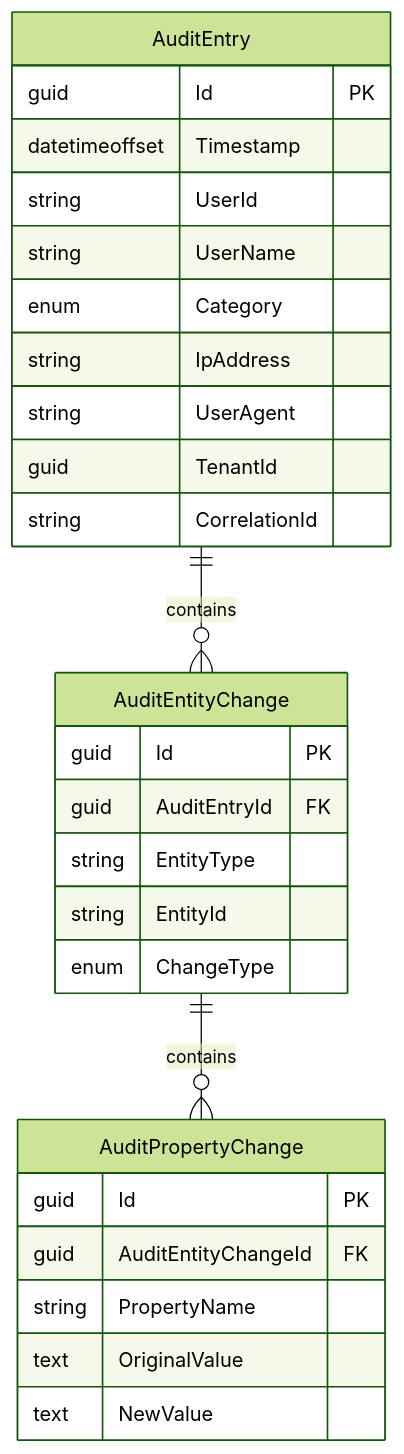
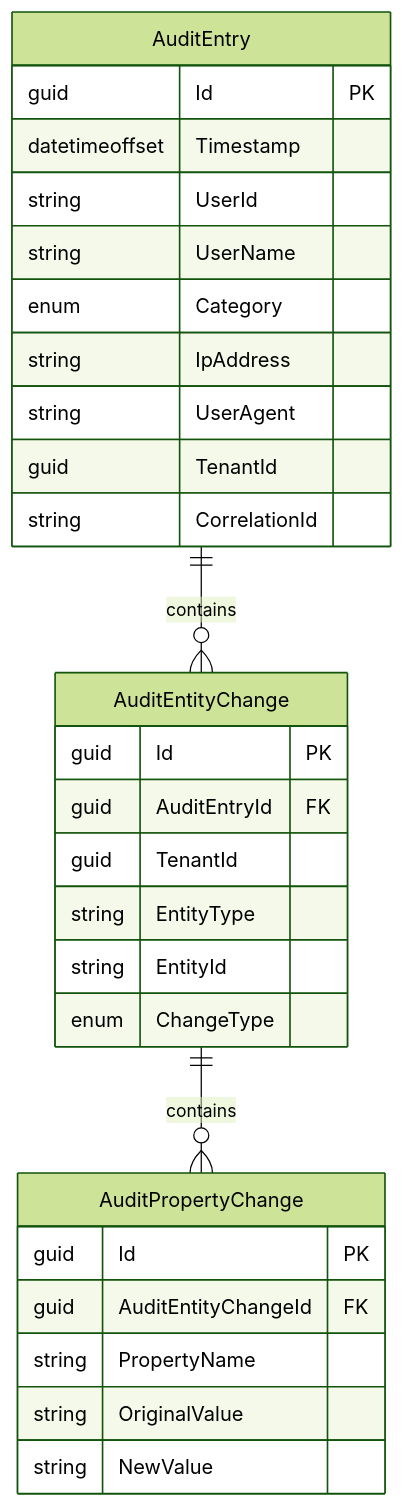
One commit to granit-fx/granit-docs changed the diagram in src/content/docs/dotnet/compliance/audit-log.mdx. Above: the diagram before and after it, drawn with Mermaid (forest theme). The commit also changed other lines of this file, not shown here.

````diff
--- a/src/content/docs/dotnet/compliance/audit-log.mdx
+++ b/src/content/docs/dotnet/compliance/audit-log.mdx
@@ -84,30 +88,31 @@
 ```mermaid
 erDiagram
     AuditEntry ||--o{ AuditEntityChange : contains
     AuditEntityChange ||--o{ AuditPropertyChange : contains
     AuditEntry {
         guid Id PK
         datetimeoffset Timestamp
         string UserId
         string UserName
         enum Category
         string IpAddress
         string UserAgent
         guid TenantId
         string CorrelationId
     }
     AuditEntityChange {
         guid Id PK
         guid AuditEntryId FK
+        guid TenantId
         string EntityType
         string EntityId
         enum ChangeType
     }
     AuditPropertyChange {
         guid Id PK
         guid AuditEntityChangeId FK
         string PropertyName
-        text OriginalValue
-        text NewValue
+        string OriginalValue
+        string NewValue
     }
 ```
````
